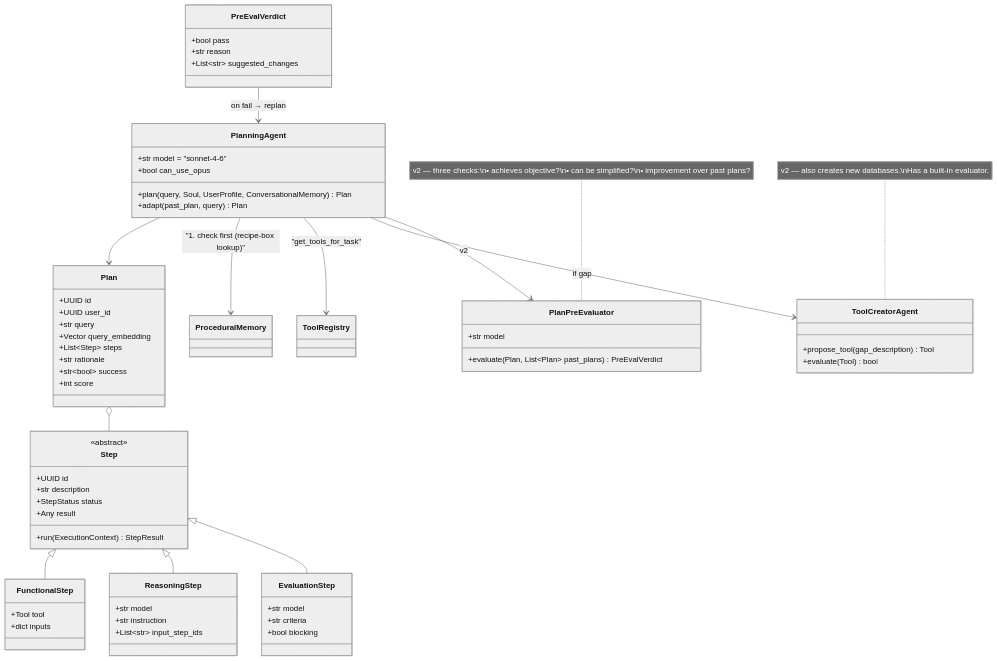
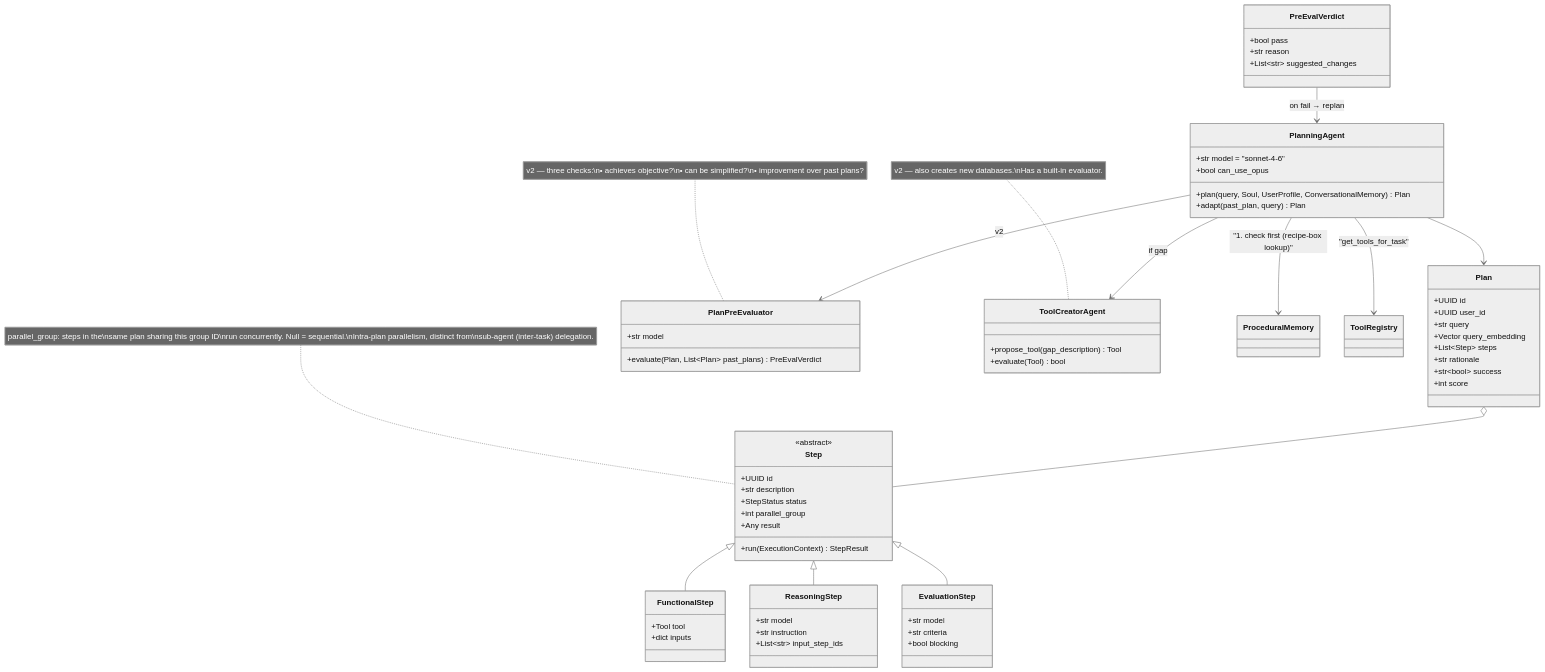
The second of 6 diagrams in docs/uml_class_diagram.md (wolfpaw-ai/WolfPaw), drawn with Mermaid (neutral theme) before and after one commit. The commit also changed other lines of this file and 5 other files, not shown here.

Commit message:
docs: better conversational memory, human in the loop, parallel step execution.

````diff
--- a/docs/uml_class_diagram.md
+++ b/docs/uml_class_diagram.md
@@ -90,75 +90,77 @@
 ```mermaid
 classDiagram
     direction TB
 
     class PlanningAgent {
         +str model = "sonnet-4-6"
         +bool can_use_opus
         +plan(query, Soul, UserProfile, ConversationalMemory) Plan
         +adapt(past_plan, query) Plan
     }
 
     class Plan {
         +UUID id
         +UUID user_id
         +str query
         +Vector query_embedding
         +List~Step~ steps
         +str rationale
         +str~bool~ success
         +int score
     }
 
     class Step {
         <<abstract>>
         +UUID id
         +str description
         +StepStatus status
+        +int parallel_group
         +Any result
         +run(ExecutionContext) StepResult
     }
+    note for Step "parallel_group: steps in the\nsame plan sharing this group ID\nrun concurrently. Null = sequential.\nIntra-plan parallelism, distinct from\nsub-agent (inter-task) delegation."
 
     class FunctionalStep {
         +Tool tool
         +dict inputs
     }
     class ReasoningStep {
         +str model
         +str instruction
         +List~str~ input_step_ids
     }
     class EvaluationStep {
         +str model
         +str criteria
         +bool blocking
     }
     Step <|-- FunctionalStep
     Step <|-- ReasoningStep
     Step <|-- EvaluationStep
 
     class PlanPreEvaluator {
         +str model
         +evaluate(Plan, List~Plan~ past_plans) PreEvalVerdict
     }
     note for PlanPreEvaluator "v2 — three checks:\n• achieves objective?\n• can be simplified?\n• improvement over past plans?"
 
     class PreEvalVerdict {
         +bool pass
         +str reason
         +List~str~ suggested_changes
     }
 
     class ToolCreatorAgent {
         +propose_tool(gap_description) Tool
         +evaluate(Tool) bool
     }
     note for ToolCreatorAgent "v2 — also creates new databases.\nHas a built-in evaluator."
 
     PlanningAgent --> Plan
     PlanningAgent --> ProceduralMemory : "1. check first (recipe-box lookup)"
     PlanningAgent --> ToolRegistry : "get_tools_for_task"
     PlanningAgent --> ToolCreatorAgent : if gap
     PlanningAgent --> PlanPreEvaluator : v2
     PreEvalVerdict --> PlanningAgent : on fail → replan
     Plan o-- Step
 ```
````
